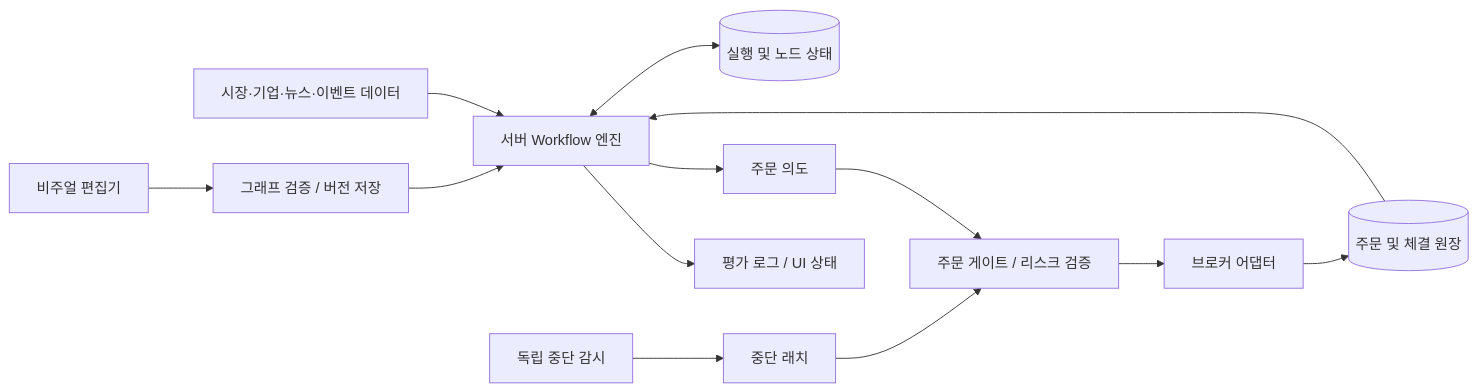
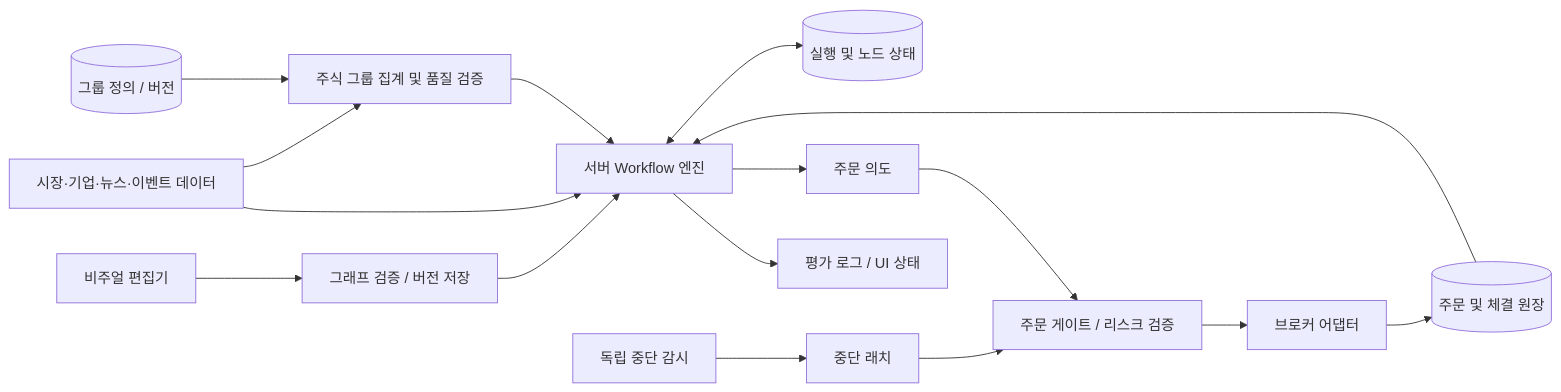
The second of 2 diagrams in docs/design/specification.md (ELSAPHABA/Auto-Axe), drawn with Mermaid before and after one commit. The commit also changed other lines of this file, not shown here.

````diff
--- a/docs/design/specification.md
+++ b/docs/design/specification.md
@@ -128,15 +129,18 @@
 ```mermaid
 flowchart LR
   U[비주얼 편집기] --> D[그래프 검증 / 버전 저장]
   D --> E[서버 Workflow 엔진]
   M[시장·기업·뉴스·이벤트 데이터] --> E
+  M --> GM[주식 그룹 집계 및 품질 검증]
+  GV[(그룹 정의 / 버전)] --> GM
+  GM --> E
   E <--> S[(실행 및 노드 상태)]
   E --> I[주문 의도]
   X[독립 중단 감시] --> K[중단 래치]
   K --> R[주문 게이트 / 리스크 검증]
   I --> R
   R --> B[브로커 어댑터]
   B --> L[(주문 및 체결 원장)]
   L --> E
   E --> A[평가 로그 / UI 상태]
 ```
````
